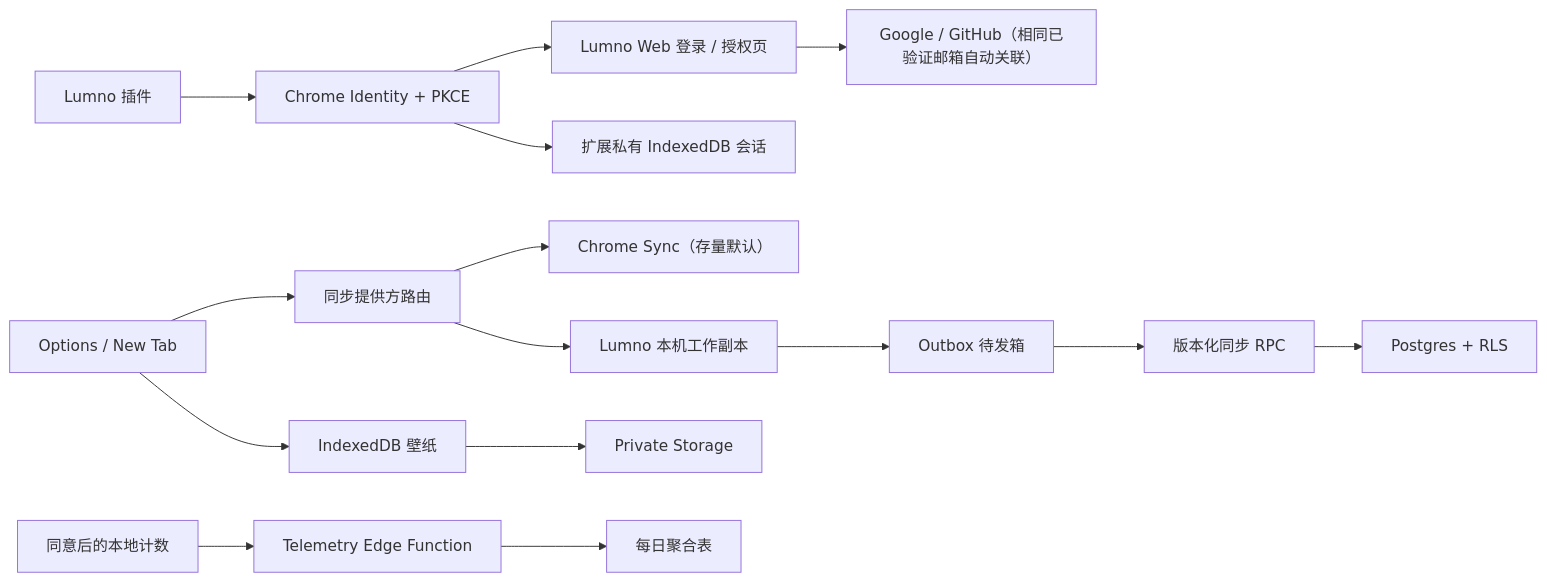
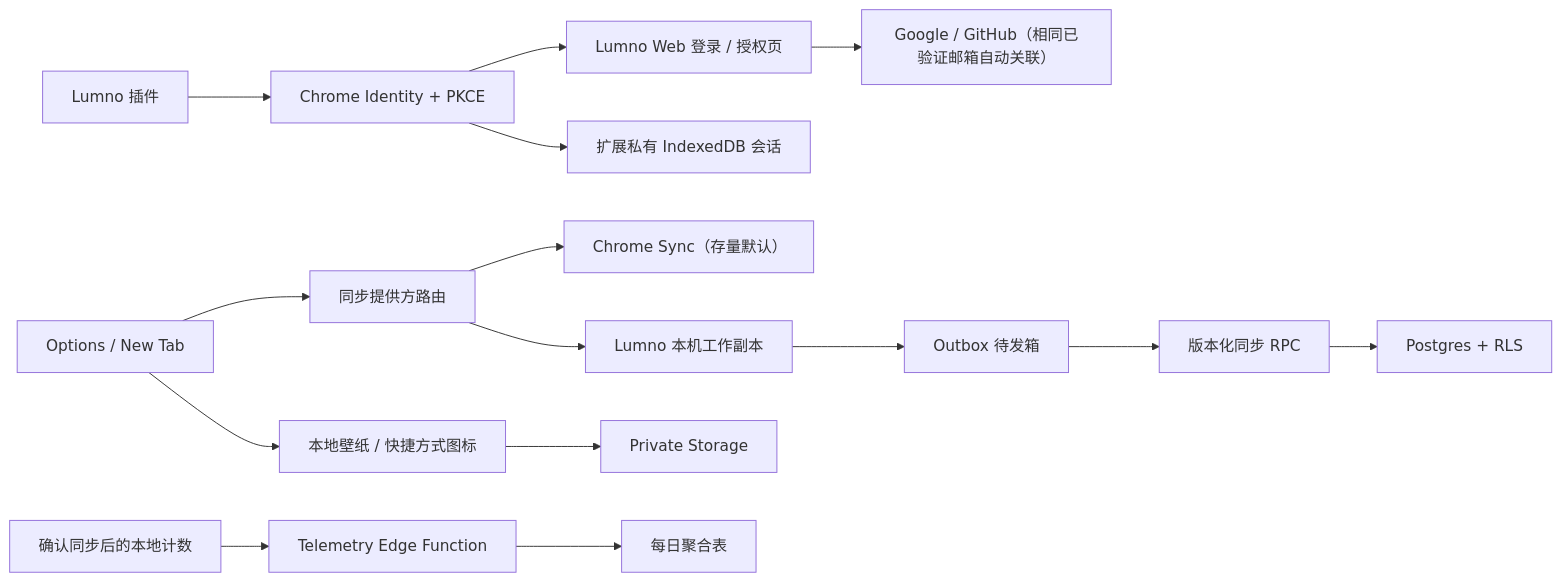
One commit to 0-V-linuxdo/lumno-extension changed the diagram in docs/account-sync-architecture.md. Above: the diagram before and after it, drawn with Mermaid. The commit also changed other lines of this file and 111 other files, not shown here.

````diff
--- a/docs/account-sync-architecture.md
+++ b/docs/account-sync-architecture.md
@@ -15,17 +15,17 @@
 ```mermaid
 flowchart LR
   Plugin["Lumno 插件"] --> PKCE["Chrome Identity + PKCE"]
   PKCE --> Web["Lumno Web 登录 / 授权页"]
   Web --> Social["Google / GitHub（相同已验证邮箱自动关联）"]
   PKCE --> Vault["扩展私有 IndexedDB 会话"]
   UI["Options / New Tab"] --> Router["同步提供方路由"]
   Router --> ChromeSync["Chrome Sync（存量默认）"]
   Router --> Cache["Lumno 本机工作副本"]
   Cache --> Outbox["Outbox 待发箱"]
   Outbox --> RPC["版本化同步 RPC"]
   RPC --> DB["Postgres + RLS"]
-  UI --> IDB["IndexedDB 壁纸"]
+  UI --> IDB["本地壁纸 / 快捷方式图标"]
   IDB --> Media["Private Storage"]
-  Counter["同意后的本地计数"] --> Edge["Telemetry Edge Function"]
+  Counter["确认同步后的本地计数"] --> Edge["Telemetry Edge Function"]
   Edge --> Daily["每日聚合表"]
 ```
````
